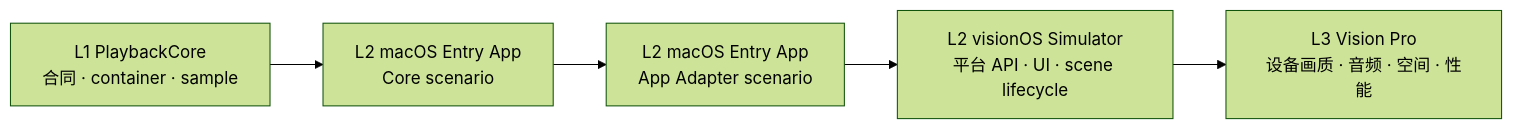
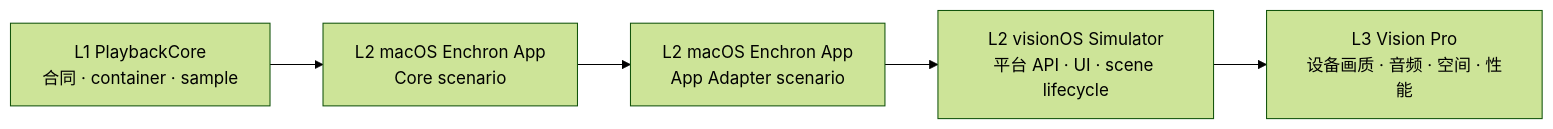
Before and after one commit to 1873663116/Enchron: the diagram in docs/acceptance/verification-system.md, drawn with Mermaid (forest theme). The commit also changed other lines of this file and 399 other files, not shown here.

````diff
--- a/docs/acceptance/verification-system.md
+++ b/docs/acceptance/verification-system.md
@@ -7,7 +7,7 @@
 ```mermaid
 flowchart LR
-    L1["L1 PlaybackCore\n合同 · container · sample"] --> M1["L2 macOS Entry App\nCore scenario"]
-    M1 --> M2["L2 macOS Entry App\nApp Adapter scenario"]
+    L1["L1 PlaybackCore\n合同 · container · sample"] --> M1["L2 macOS Enchron App\nCore scenario"]
+    M1 --> M2["L2 macOS Enchron App\nApp Adapter scenario"]
     M2 --> Sim["L2 visionOS Simulator\n平台 API · UI · scene lifecycle"]
     Sim --> L3["L3 Vision Pro\n设备画质 · 音频 · 空间 · 性能"]
 ```
````
